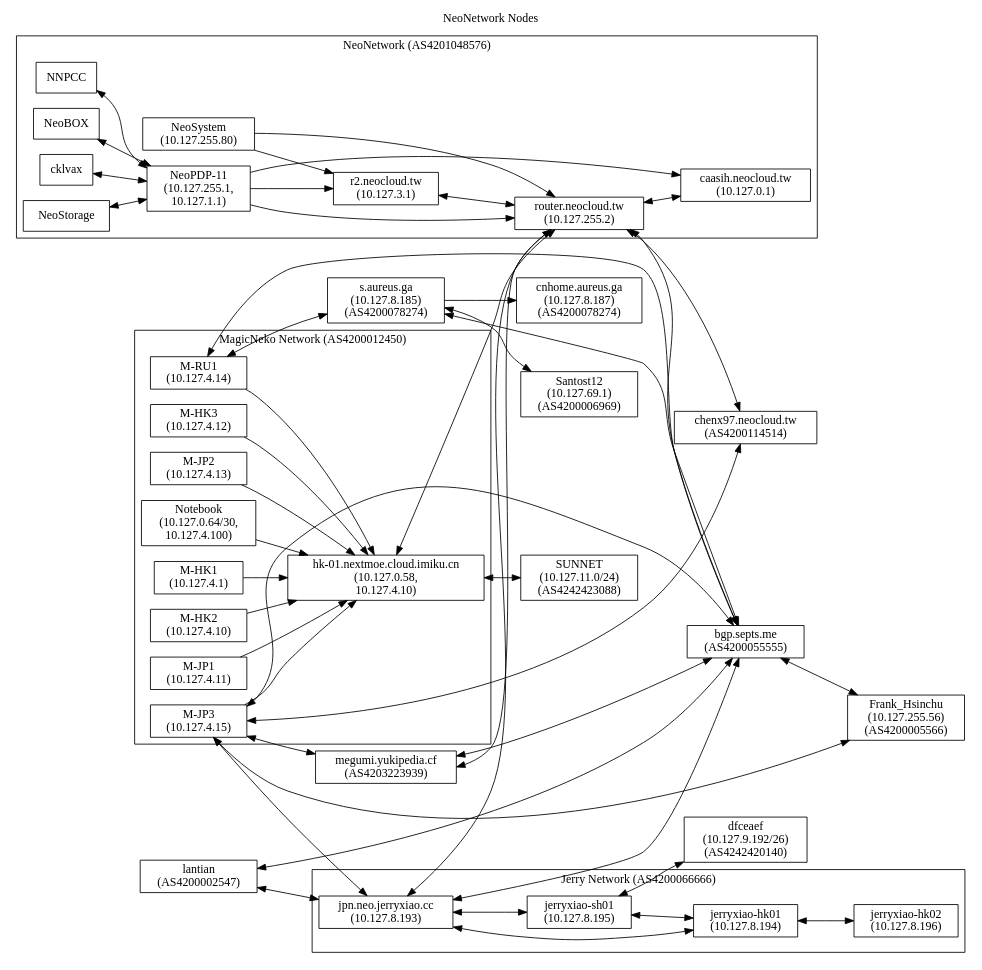
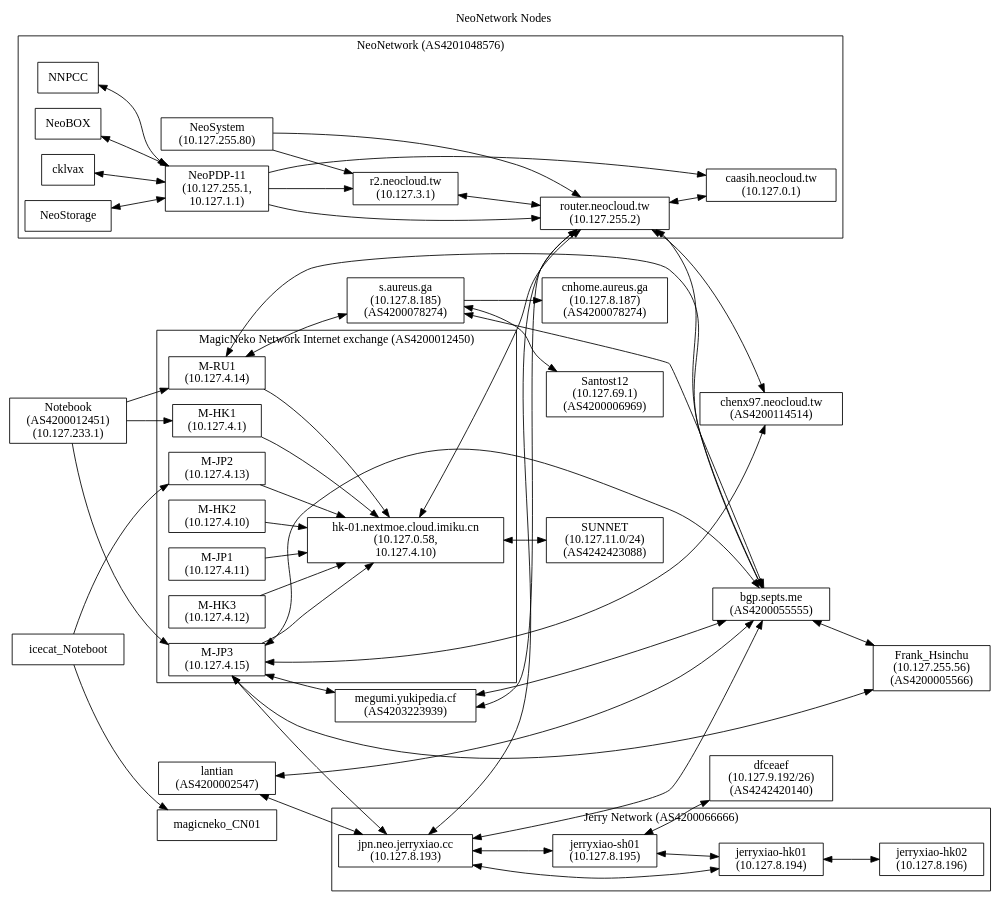
Before and after one commit to NeoCloud/NeoNetwork: the diagram in nodes.dot, drawn with Graphviz. The commit also changed 2 other files, not shown here.

Commit message:
Add AS4200012451, change AS4200012450 type and usage by nextmoe_icecat

```diff
--- a/nodes.dot
+++ b/nodes.dot
@@ -1,99 +1,103 @@
 digraph "NeoNetwork Nodes"
 {
 	label="NeoNetwork Nodes";
 	labelloc="t";
 	rankdir=LR;
 	node [shape=box]
 	c [label="caasih.neocloud.tw\n(10.127.0.1)"]
 	ucbvax [label="router.neocloud.tw\n(10.127.255.2)"]
 	np11 [label="NeoPDP-11\n(10.127.255.1,\n10.127.1.1)"]
 	ns [label="NeoSystem\n(10.127.255.80)"]
 	megumiLHS [label="megumi.yukipedia.cf\n(AS4203223939)"]
 	pan [label="r2.neocloud.tw\n(10.127.3.1)"]
 	icecat_Explosion [label="hk-01.nextmoe.cloud.imiku.cn\n(10.127.0.58,\n10.127.4.10)"]
-	icecat_Notebook [label="Notebook\n(10.127.0.64/30,\n10.127.4.100)"]
+	icecat_Notebook [label="Notebook\n(AS4200012451)\n(10.127.233.1)"]
 	magicneko_HK01 [label="M-HK1\n(10.127.4.1)"]
 	magicneko_HK02 [label="M-HK2\n(10.127.4.10)"]
 	magicneko_JP01 [label="M-JP1\n(10.127.4.11)"]
 	magicneko_HK03 [label="M-HK3\n(10.127.4.12)"]
 	magicneko_JP02 [label="M-JP2\n(10.127.4.13)"]
 	magicneko_RU01 [label="M-RU1\n(10.127.4.14)"]
 	magicneko_JP03 [label="M-JP3\n(10.127.4.15)"]
 	staph [label="s.aureus.ga\n(10.127.8.185)\n(AS4200078274)"]
 	staph_CN [label="cnhome.aureus.ga\n(10.127.8.187)\n(AS4200078274)"]
 	chenx97 [label="chenx97.neocloud.tw\n(AS4200114514)"]
 	JerryXiao [label="jpn.neo.jerryxiao.cc\n(10.127.8.193)"]
 	JerryXiao_SH01 [label="jerryxiao-sh01\n(10.127.8.195)"]
 	JerryXiao_HK01 [label="jerryxiao-hk01\n(10.127.8.194)"]
 	JerryXiao_HK02 [label="jerryxiao-hk02\n(10.127.8.196)"]
 	septs [label="bgp.septs.me\n(AS4200055555)"]
 	lantian [label="lantian\n(AS4200002547)"]
 	dfceaef [label="dfceaef\n(10.127.9.192/26)\n(AS4242420140)"]
 	SUNNET [label="SUNNET\n(10.127.11.0/24)\n(AS4242423088)"]
 	santost12 [label="Santost12\n(10.127.69.1)\n(AS4200006969)"]
 	frank_hsinchu [label="Frank_Hsinchu\n(10.127.255.56)\n(AS4200005566)"]
 	subgraph cluster_AS4201048576
 	{
 		label = "NeoNetwork (AS4201048576)";
 
 		NNPCC -> np11 [dir=both]
 		NeoBOX -> np11 [dir=both]
 		cklvax -> np11 [dir=both]
 		NeoStorage -> np11 [dir=both]
 		np11 -> ucbvax
 		np11 -> pan
 		np11 -> c
 		ucbvax -> c [dir=both]
 		ns -> ucbvax
 		ns -> pan
 		pan -> ucbvax [dir=both]
 	}
 
 	megumiLHS -> ucbvax [dir=both]
 	icecat_Explosion -> ucbvax [dir=both]
 	staph -> staph_CN
 	ucbvax -> chenx97 [dir=both]
 
 	subgraph cluster_AS4200012450
 	{
-		label="MagicNeko Network (AS4200012450)";
+		label="MagicNeko Network Internet exchange (AS4200012450)";
 
 		magicneko_HK01-> icecat_Explosion
 		magicneko_HK02-> icecat_Explosion
 		magicneko_JP01 -> icecat_Explosion
 		magicneko_HK03 -> icecat_Explosion
 		magicneko_JP02 -> icecat_Explosion
 		magicneko_RU01 -> icecat_Explosion
 		magicneko_JP03 -> icecat_Explosion
-		icecat_Notebook -> icecat_Explosion
 	}
 
 	subgraph cluster_AS4200066666
 	{
 		label="Jerry Network (AS4200066666)";
 
 		JerryXiao -> JerryXiao_SH01 [dir=both]
 		JerryXiao -> JerryXiao_HK01 [dir=both]
 		JerryXiao_SH01 -> JerryXiao_HK01 [dir=both]
 		JerryXiao_HK01 -> JerryXiao_HK02 [dir=both]
 	}
 
 	JerryXiao -> ucbvax [dir=both]
 	JerryXiao -> septs [dir=both]
 	JerryXiao_SH01 -> dfceaef [dir=both]
 	magicneko_JP03 -> JerryXiao [dir=both]
 	lantian -> septs [dir=both]
 	lantian -> JerryXiao [dir=both]
 	magicneko_JP03 -> septs [dir=both]
 	staph -> septs [dir=both]
 	ucbvax -> septs [dir=both]
 	magicneko_JP03 -> chenx97 [dir=both]
 	magicneko_RU01 -> staph [dir=both]
 	megumiLHS -> septs [dir=both]
 	icecat_Explosion -> SUNNET [dir=both]
 	staph -> santost12 [dir=both]
 	magicneko_RU01 -> septs [dir=both]
 	magicneko_JP03 -> megumiLHS [dir=both]
-    magicneko_JP03 -> frank_hsinchu [dir=both]
+	magicneko_JP03 -> frank_hsinchu [dir=both]
 	septs	->	frank_hsinchu	[dir=both]
+	icecat_Notebook -> magicneko_HK01
+	icecat_Notebook -> magicneko_JP03
+	icecat_Notebook -> magicneko_RU01
+	icecat_Noteboot -> magicneko_CN01
+	icecat_Noteboot -> magicneko_JP02
 }
```
